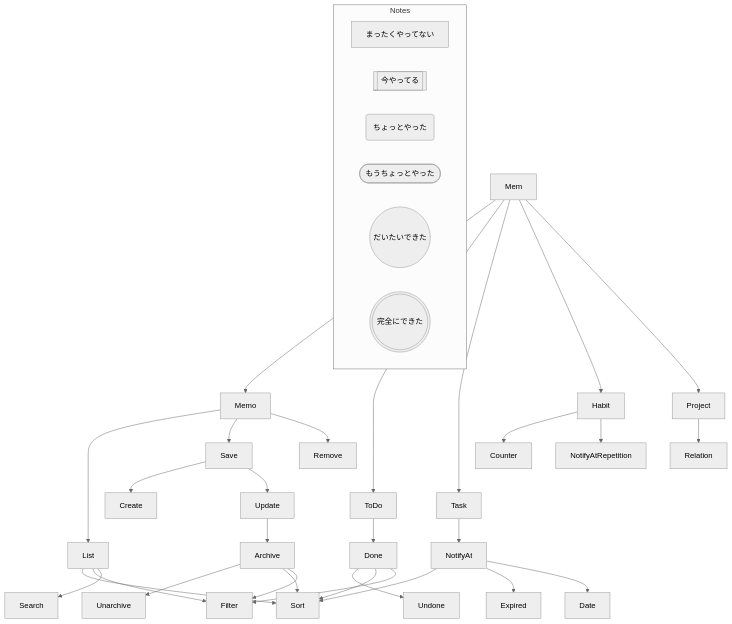
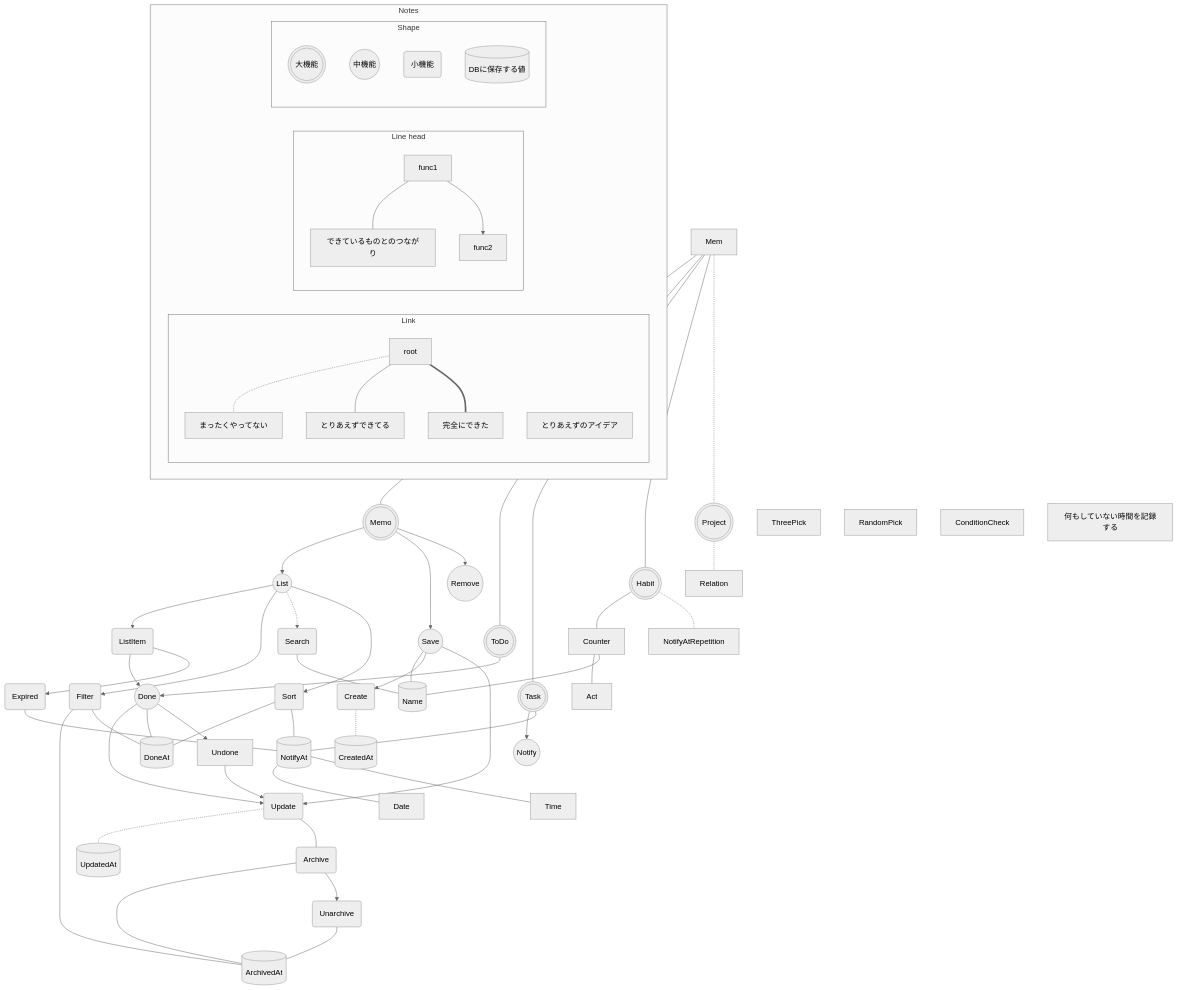
Before and after one commit to zin-/mem: the diagram in docs/load_map.md, drawn with Mermaid (neutral theme).

Commit message:
update
wip add `load_map.md`

mem-146 ロードマップを考える

````diff
--- a/docs/load_map.md
+++ b/docs/load_map.md
@@ -3,45 +3,90 @@
 ```mermaid
 flowchart TD
-    Mem --> Memo
-    Mem --> ToDo
-    Mem --> Task
-    Mem --> Habit
-    Mem --> Project
+    Mem --- Memo(((Memo)))
 
-    Memo --> List
-    Memo --> Save
-    Save --> Create
-    Save --> Update
-    Update --> Archive
-    Archive --> Unarchive
-    Archive --> Sort
-    List --> Sort
-    Archive --> Filter
-    List --> Filter
-    Memo --> Remove
-    List --> Search
+    Memo --> List((List))
+    Memo --> Save((Save))
+    Memo --> Remove((Remove))
+    List --> ListItem(ListItem)
+    Save --- Name[(Name)]
+    Save --> Create(Create)
+    Save --> Update(Update)
+    Create -.- CreatedAt[(CreatedAt)]
+    Update -.- UpdatedAt[(UpdatedAt)]
+    Update --- Archive(Archive)
+    Archive --- ArchivedAt[(ArchivedAt)]
+    Archive --> Unarchive(Unarchive)
+    Unarchive --- ArchivedAt
 
-    ToDo --> Done
+    List --> Filter(Filter)
+    List -.-> Search(Search)
+    Filter --- ArchivedAt
+    Search --- Name
+
+    Mem --- ToDo(((ToDo)))
+
+    ToDo --> Done((Done))
+    ListItem --> Done
+    Done --> Update
+    Done --- DoneAt[(DoneAt)]
     Done --> Undone
-    Done --> Sort
-    Done --> Filter
+    Undone --> Update
+    List --> Sort(Sort)
+    Sort --- DoneAt
+    Filter --- DoneAt
 
-    Task --> NotifyAt
-    NotifyAt --> Sort
-    NotifyAt --> Expired
-    NotifyAt --> Date
+    Mem --- Task(((Task)))
 
-    Habit --> Counter
-    Habit --> NotifyAtRepetition
+    Task --> Notify((Notify))
+    Task --- NotifyAt[(NotifyAt)]
+    Sort --- NotifyAt
+    ListItem --> Expired(Expired)
+    Expired --- NotifyAt
+    NotifyAt --- Date
+    NotifyAt --- Time
 
-    Project --> Relation
+    Mem --- Habit(((Habit)))
+
+    Habit --- Counter
+    Counter --- Act
+    Counter --- Name
+    Habit -.- NotifyAtRepetition
+
+    Mem -.- Project(((Project)))
+
+    Project -.- Relation
+
+    Mem ~~~ ThreePick
+    Mem ~~~ RandomPick
+    Mem ~~~ ConditionCheck
+    Mem ~~~ LogNothingTime[何もしていない時間を記録する]
 
     subgraph Notes
-        まったくやってない
-        e[[今やってる]]
-        c(ちょっとやった)
-        d([もうちょっとやった])
-        a((だいたいできた))
-        b(((完全にできた)))
+        subgraph Link
+            root -.- まったくやってない
+            root --- とりあえずできてる
+            root === 完全にできた
+            root ~~~ とりあえずのアイデア
+        end
+
+        subgraph Line head
+            func1 --- できているものとのつながり
+            func1 --> func2
+        %% なんかちょっと違和感ある
+        end
+
+        subgraph Shape
+            ex1(((大機能)))
+            ex2((中機能))
+            ex3(小機能)
+            ex4[(DBに保存する値)]
+        end
+    %% - できてないやつは簡単に追加したい
+    %%   - 装飾なし
+    %%     - 角
+    %% - できたやつは対比で丸？
+    %%   - 出来具合で丸くなってく？
+    %%     - 内容を表すために形を使うべきな気がしてきた
+    %%   - 線で出来具合を表した方が良い？
     end
 ```
````
